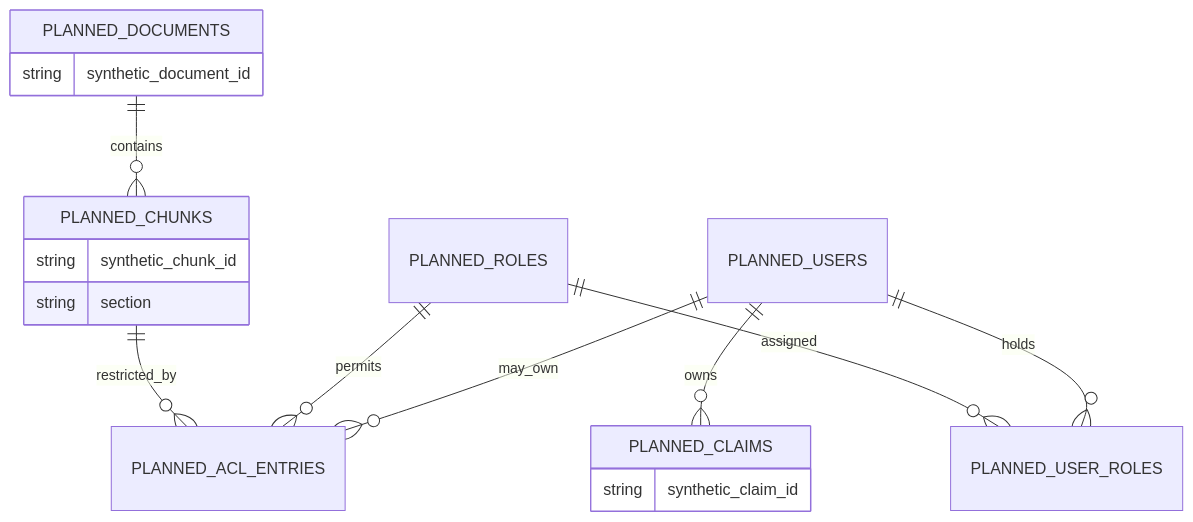
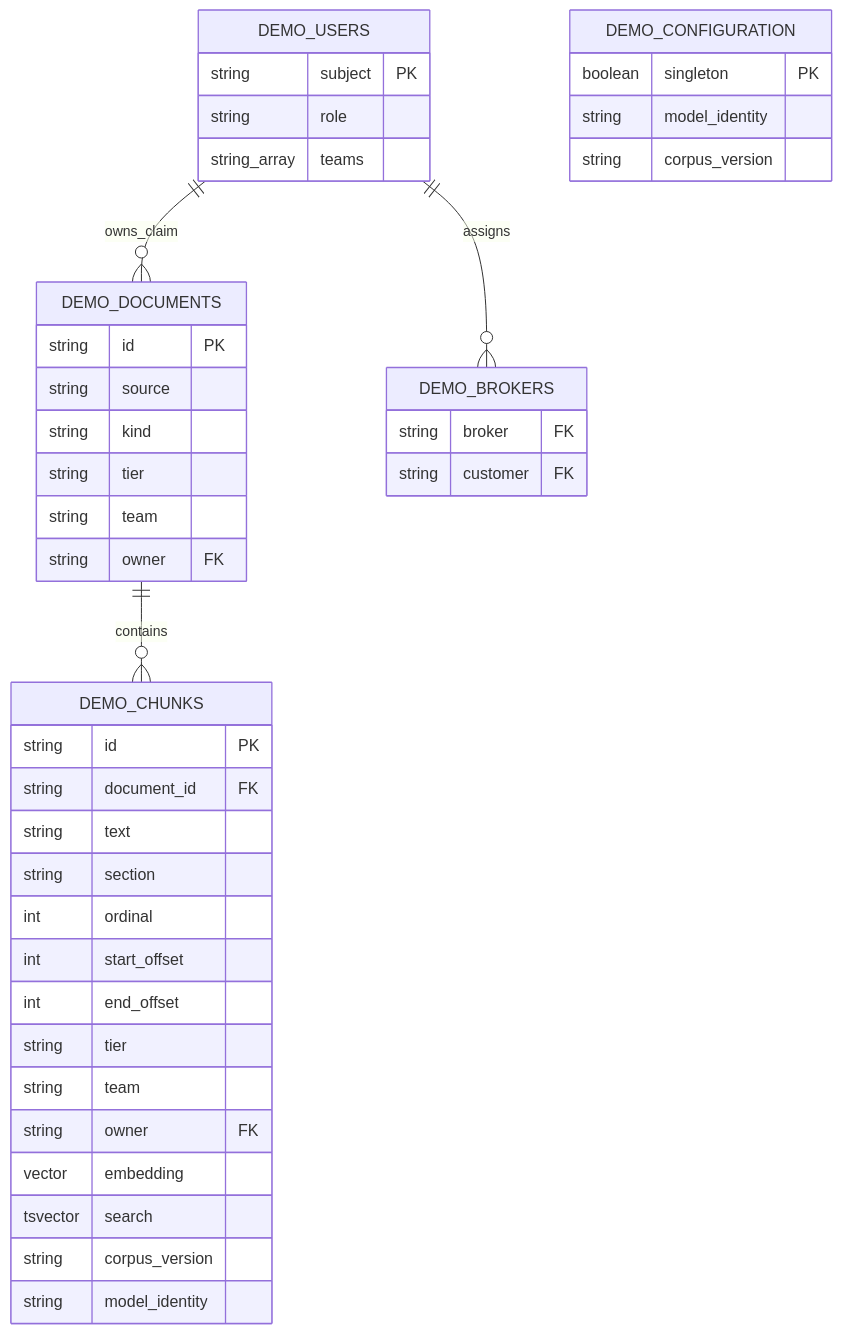
Before and after one commit to venkatakgonela/rag-audit-demo: the fifth of 6 diagrams in docs/ARCHITECTURE.md, drawn with Mermaid. The commit also changed other lines of this file and 12 other files, not shown here.

````diff
--- a/docs/ARCHITECTURE.md
+++ b/docs/ARCHITECTURE.md
@@ -134,20 +94,44 @@
 ```mermaid
 erDiagram
-    PLANNED_DOCUMENTS ||--o{ PLANNED_CHUNKS : contains
-    PLANNED_CHUNKS ||--o{ PLANNED_ACL_ENTRIES : restricted_by
-    PLANNED_USERS ||--o{ PLANNED_CLAIMS : owns
-    PLANNED_ROLES ||--o{ PLANNED_USER_ROLES : assigned
-    PLANNED_USERS ||--o{ PLANNED_USER_ROLES : holds
-    PLANNED_ROLES ||--o{ PLANNED_ACL_ENTRIES : permits
-    PLANNED_USERS ||--o{ PLANNED_ACL_ENTRIES : may_own
-    PLANNED_DOCUMENTS {
-        string synthetic_document_id
+    DEMO_USERS ||--o{ DEMO_DOCUMENTS : owns_claim
+    DEMO_USERS ||--o{ DEMO_BROKERS : assigns
+    DEMO_DOCUMENTS ||--o{ DEMO_CHUNKS : contains
+    DEMO_USERS {
+        string subject PK
+        string role
+        string_array teams
     }
-    PLANNED_CHUNKS {
-        string synthetic_chunk_id
+    DEMO_BROKERS {
+        string broker FK
+        string customer FK
+    }
+    DEMO_DOCUMENTS {
+        string id PK
+        string source
+        string kind
+        string tier
+        string team
+        string owner FK
+    }
+    DEMO_CHUNKS {
+        string id PK
+        string document_id FK
+        string text
         string section
+        int ordinal
+        int start_offset
+        int end_offset
+        string tier
+        string team
+        string owner FK
+        vector embedding
+        tsvector search
+        string corpus_version
+        string model_identity
     }
-    PLANNED_CLAIMS {
-        string synthetic_claim_id
+    DEMO_CONFIGURATION {
+        boolean singleton PK
+        string model_identity
+        string corpus_version
     }
 ```
````
